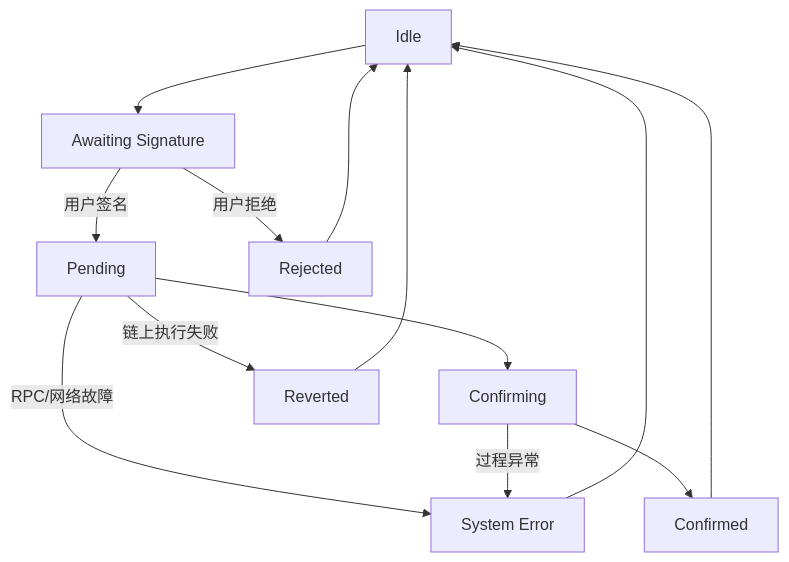
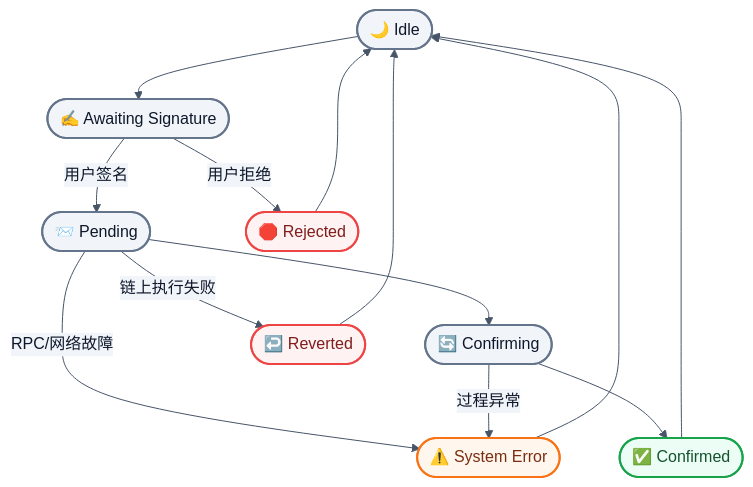
The seventh of 8 diagrams in README.md (sunshineluyao/Moss-Mcp-Transaction), drawn with Mermaid before and after one commit. The commit also changed other lines of this file, not shown here.

Commit message:
docs: apply cohesive visual theme to all mermaid diagrams

````diff
--- a/README.md
+++ b/README.md
@@ -510,17 +636,28 @@
 ```mermaid
+%%{init: {'theme':'base','themeVariables': {'fontFamily':'Trebuchet MS, Segoe UI, sans-serif','primaryColor':'#f8fafc','primaryBorderColor':'#64748b','primaryTextColor':'#0f172a','lineColor':'#475569','secondaryColor':'#f1f5f9','tertiaryColor':'#ffffff'}}}%%
 flowchart TB
-  Idle[Idle] --> Awaiting[Awaiting Signature]
-  Awaiting -->|用户签名| Pending[Pending]
-  Awaiting -->|用户拒绝| Rejected[Rejected]
+  Idle([🌙 Idle]) --> Awaiting([✍️ Awaiting Signature])
+  Awaiting -->|用户签名| Pending([📨 Pending])
+  Awaiting -->|用户拒绝| Rejected([🛑 Rejected])
 
-  Pending --> Confirming[Confirming]
-  Confirming --> Confirmed[Confirmed]
-  Pending -->|链上执行失败| Reverted[Reverted]
-  Pending -->|RPC/网络故障| SystemError[System Error]
+  Pending --> Confirming([🔄 Confirming])
+  Confirming --> Confirmed([✅ Confirmed])
+  Pending -->|链上执行失败| Reverted([↩️ Reverted])
+  Pending -->|RPC/网络故障| SystemError([⚠️ System Error])
   Confirming -->|过程异常| SystemError
 
   Rejected --> Idle
   Reverted --> Idle
   SystemError --> Idle
   Confirmed --> Idle
+
+  classDef neutral fill:#f1f5f9,stroke:#64748b,stroke-width:2px,color:#0f172a;
+  classDef success fill:#ecfdf5,stroke:#16a34a,stroke-width:2px,color:#14532d;
+  classDef danger fill:#fef2f2,stroke:#ef4444,stroke-width:2px,color:#7f1d1d;
+  classDef warn fill:#fff7ed,stroke:#f97316,stroke-width:2px,color:#7c2d12;
+
+  class Idle,Awaiting,Pending,Confirming neutral;
+  class Confirmed success;
+  class Rejected,Reverted danger;
+  class SystemError warn;
 ```
````
